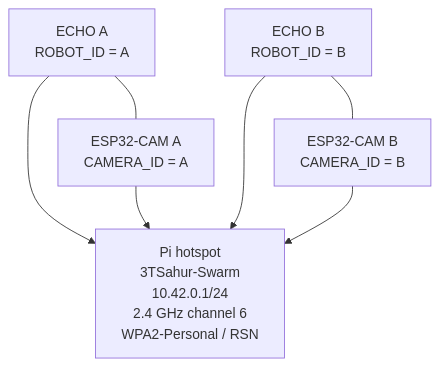
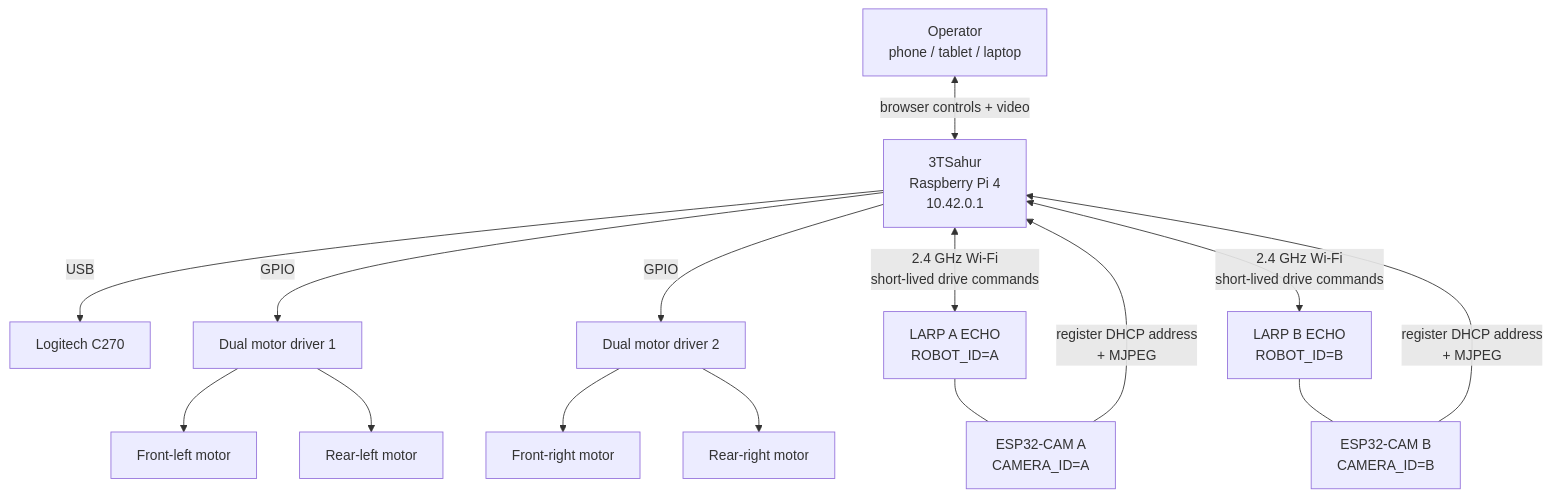
The second of 4 diagrams in README.md (william-thompsonthe1st/STEM-Research-Academy), drawn with Mermaid before and after one commit. The commit also changed other lines of this file, not shown here.

````diff
--- a/README.md
+++ b/README.md
@@ -107,10 +88,21 @@
 ```mermaid
 flowchart TB
-    PI["Pi hotspot\n3TSahur-Swarm\n10.42.0.1/24\n2.4 GHz channel 6\nWPA2-Personal / RSN"]
-    EA["ECHO A\nROBOT_ID = A"] --> PI
-    CA["ESP32-CAM A\nCAMERA_ID = A"] --> PI
-    EB["ECHO B\nROBOT_ID = B"] --> PI
-    CB["ESP32-CAM B\nCAMERA_ID = B"] --> PI
+    USER["Operator\nphone / tablet / laptop"] <-->|"browser controls + video"| PI["3TSahur\nRaspberry Pi 4\n10.42.0.1"]
+
+    PI -->|"USB"| C270["Logitech C270"]
+    PI -->|"GPIO"| D1["Dual motor driver 1"]
+    PI -->|"GPIO"| D2["Dual motor driver 2"]
+    D1 --> FL["Front-left motor"]
+    D1 --> RL["Rear-left motor"]
+    D2 --> FR["Front-right motor"]
+    D2 --> RR["Rear-right motor"]
+
+    PI <-->|"2.4 GHz Wi-Fi\nshort-lived drive commands"| EA["LARP A ECHO\nROBOT_ID=A"]
+    PI <-->|"2.4 GHz Wi-Fi\nshort-lived drive commands"| EB["LARP B ECHO\nROBOT_ID=B"]
+
+    CA["ESP32-CAM A\nCAMERA_ID=A"] -->|"register DHCP address\n+ MJPEG"| PI
+    CB["ESP32-CAM B\nCAMERA_ID=B"] -->|"register DHCP address\n+ MJPEG"| PI
+
     EA --- CA
     EB --- CB
 ```
````
